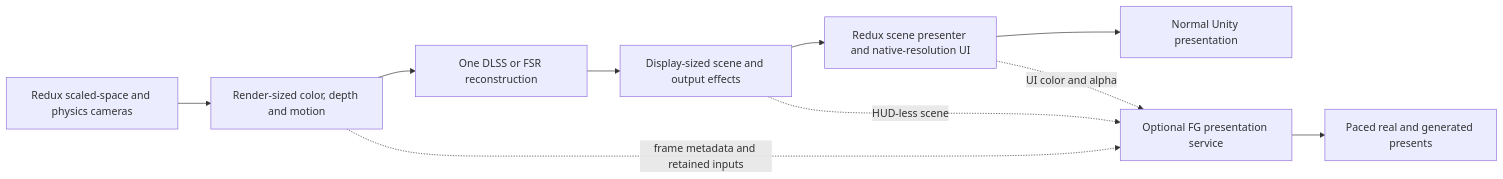
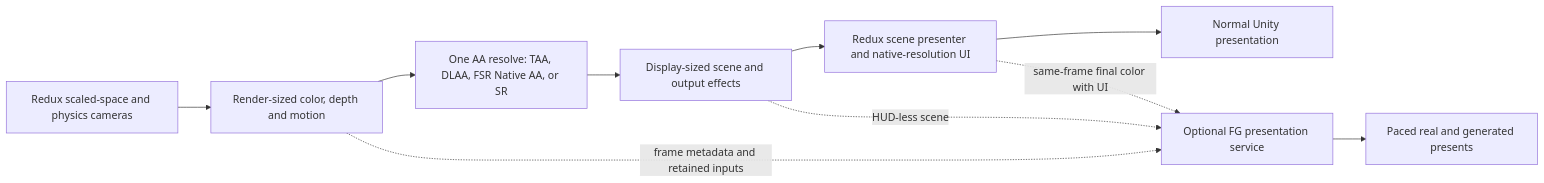
The diagram in docs/architecture.md (Michionlion/ReduxBetterAA), drawn with Mermaid before and after one commit. The commit also changed other lines of this file and 130 other files, not shown here.

````diff
--- a/docs/architecture.md
+++ b/docs/architecture.md
@@ -341,12 +403,12 @@
 ```mermaid
 flowchart LR
     A[Redux scaled-space and physics cameras] --> B[Render-sized color, depth and motion]
-    B --> C[One DLSS or FSR reconstruction]
+    B --> C[One AA resolve: TAA, DLAA, FSR Native AA, or SR]
     C --> D[Display-sized scene and output effects]
     D --> E[Redux scene presenter and native-resolution UI]
     E --> F[Normal Unity presentation]
     D -. HUD-less scene .-> G[Optional FG presentation service]
     B -. frame metadata and retained inputs .-> G
-    E -. UI color and alpha .-> G
+    E -. same-frame final color with UI .-> G
     G --> H[Paced real and generated presents]
 ```
````
